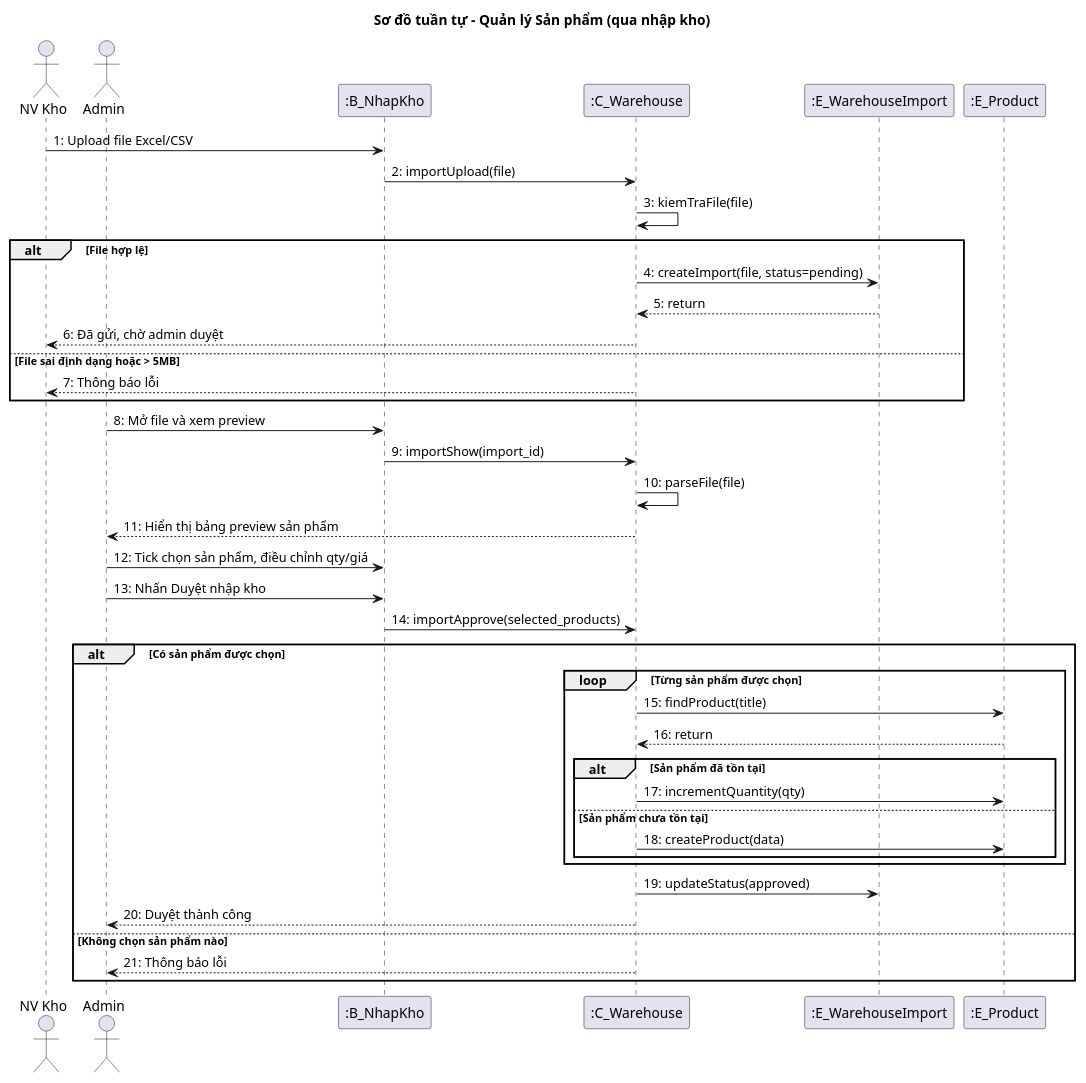
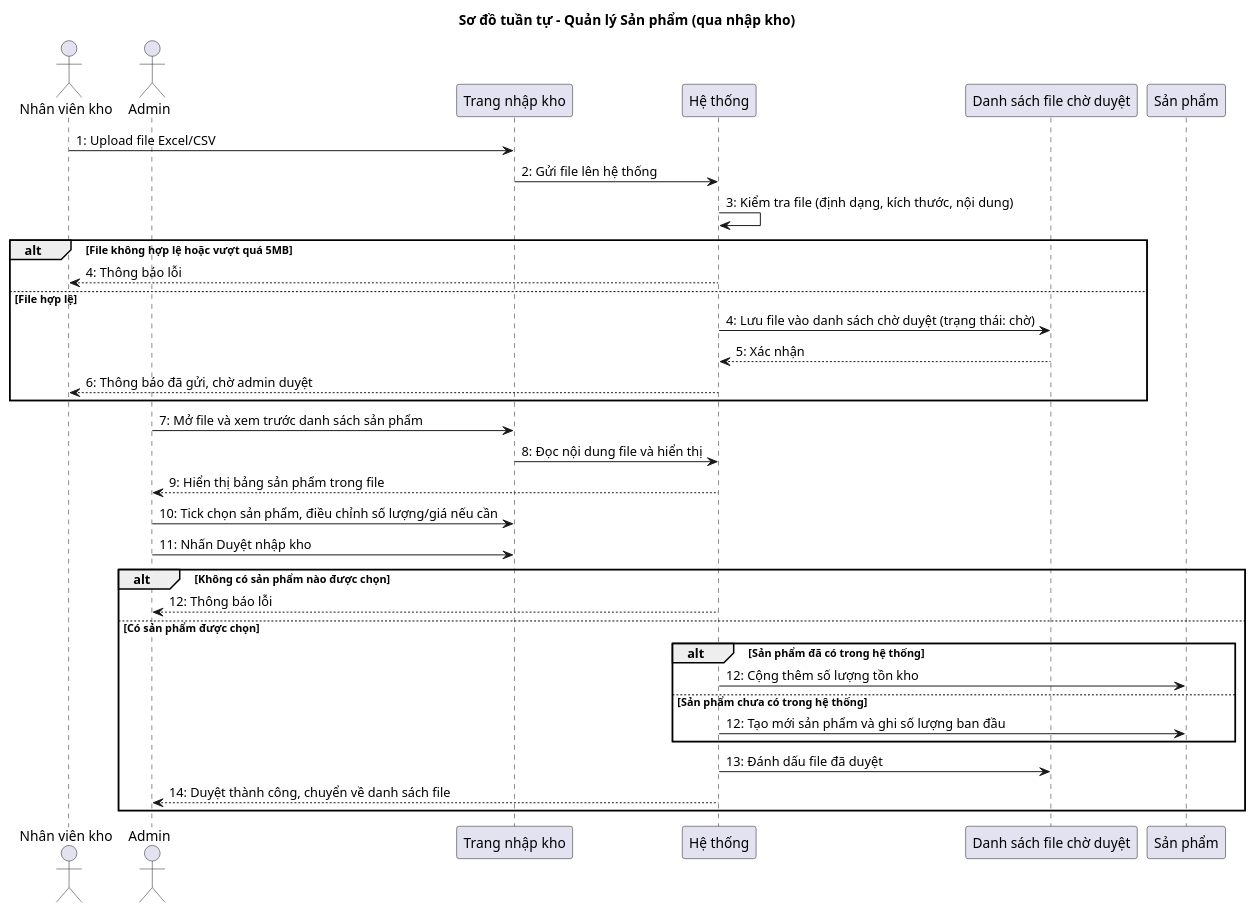
One commit to thien258/luanvantotnghiep changed the diagram in app/Http/doc/sequence/08-quan-ly-san-pham.puml. Above: the diagram before and after it, drawn with PlantUML. The commit also changed 59 other files, not shown here.

```diff
--- a/app/Http/doc/sequence/08-quan-ly-san-pham.puml
+++ b/app/Http/doc/sequence/08-quan-ly-san-pham.puml
@@ -1,47 +1,41 @@
 @startuml
 title Sơ đồ tuần tự - Quản lý Sản phẩm (qua nhập kho)
 
-actor "NV Kho" as NV
+actor "Nhân viên kho" as NV
 actor "Admin" as A
-participant ":B_NhapKho" as B
-participant ":C_Warehouse" as C
-participant ":E_WarehouseImport" as EW
-participant ":E_Product" as EP
+participant "Trang nhập kho" as B
+participant "Hệ thống" as C
+participant "Danh sách file chờ duyệt" as EW
+participant "Sản phẩm" as EP
 
 NV -> B : 1: Upload file Excel/CSV
-B -> C : 2: importUpload(file)
-C -> C : 3: kiemTraFile(file)
+B -> C : 2: Gửi file lên hệ thống
+C -> C : 3: Kiểm tra file (định dạng, kích thước, nội dung)
 
-alt File hợp lệ
-    C -> EW : 4: createImport(file, status=pending)
-    EW --> C : 5: return
-    C --> NV : 6: Đã gửi, chờ admin duyệt
-else File sai định dạng hoặc > 5MB
-    C --> NV : 7: Thông báo lỗi
+alt File không hợp lệ hoặc vượt quá 5MB
+    C --> NV : 4: Thông báo lỗi
+else File hợp lệ
+    C -> EW : 4: Lưu file vào danh sách chờ duyệt (trạng thái: chờ)
+    EW --> C : 5: Xác nhận
+    C --> NV : 6: Thông báo đã gửi, chờ admin duyệt
 end
 
-A -> B : 8: Mở file và xem preview
-B -> C : 9: importShow(import_id)
-C -> C : 10: parseFile(file)
-C --> A : 11: Hiển thị bảng preview sản phẩm
+A -> B : 7: Mở file và xem trước danh sách sản phẩm
+B -> C : 8: Đọc nội dung file và hiển thị
+C --> A : 9: Hiển thị bảng sản phẩm trong file
 
-A -> B : 12: Tick chọn sản phẩm, điều chỉnh qty/giá
-A -> B : 13: Nhấn Duyệt nhập kho
-B -> C : 14: importApprove(selected_products)
+A -> B : 10: Tick chọn sản phẩm, điều chỉnh số lượng/giá nếu cần
+A -> B : 11: Nhấn Duyệt nhập kho
 
-alt Có sản phẩm được chọn
-    loop Từng sản phẩm được chọn
-        C -> EP : 15: findProduct(title)
-        EP --> C : 16: return
-        alt Sản phẩm đã tồn tại
-            C -> EP : 17: incrementQuantity(qty)
-        else Sản phẩm chưa tồn tại
-            C -> EP : 18: createProduct(data)
-        end
+alt Không có sản phẩm nào được chọn
+    C --> A : 12: Thông báo lỗi
+else Có sản phẩm được chọn
+    alt Sản phẩm đã có trong hệ thống
+        C -> EP : 12: Cộng thêm số lượng tồn kho
+    else Sản phẩm chưa có trong hệ thống
+        C -> EP : 12: Tạo mới sản phẩm và ghi số lượng ban đầu
     end
-    C -> EW : 19: updateStatus(approved)
-    C --> A : 20: Duyệt thành công
-else Không chọn sản phẩm nào
-    C --> A : 21: Thông báo lỗi
+    C -> EW : 13: Đánh dấu file đã duyệt
+    C --> A : 14: Duyệt thành công, chuyển về danh sách file
 end
 @enduml
```
